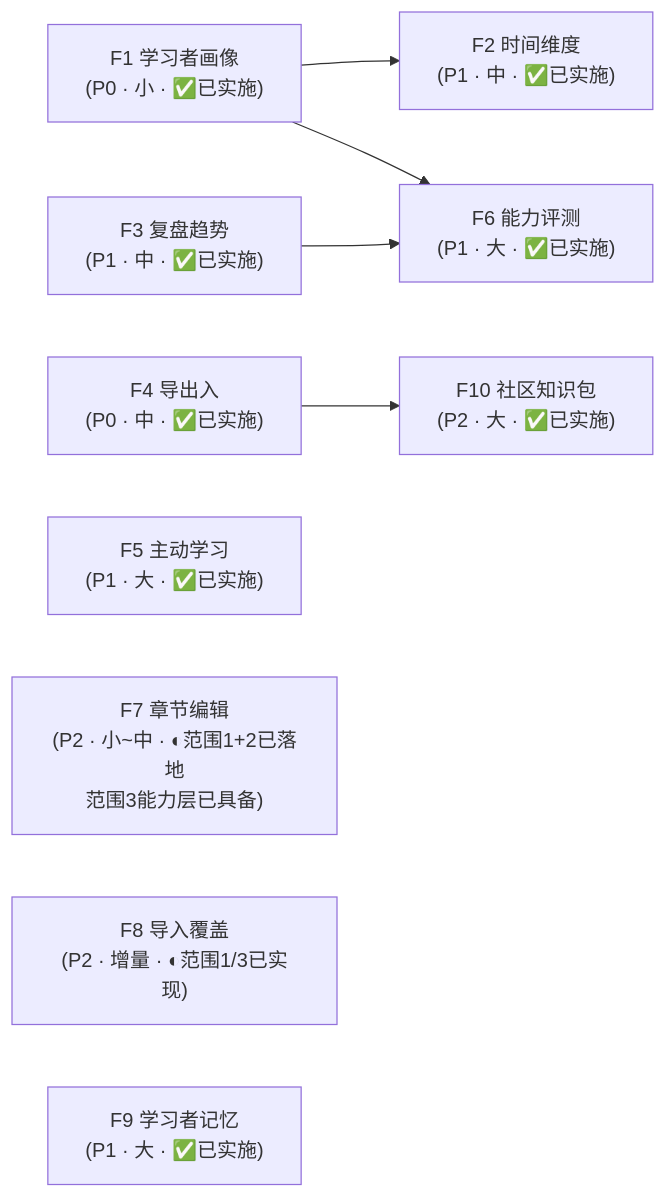
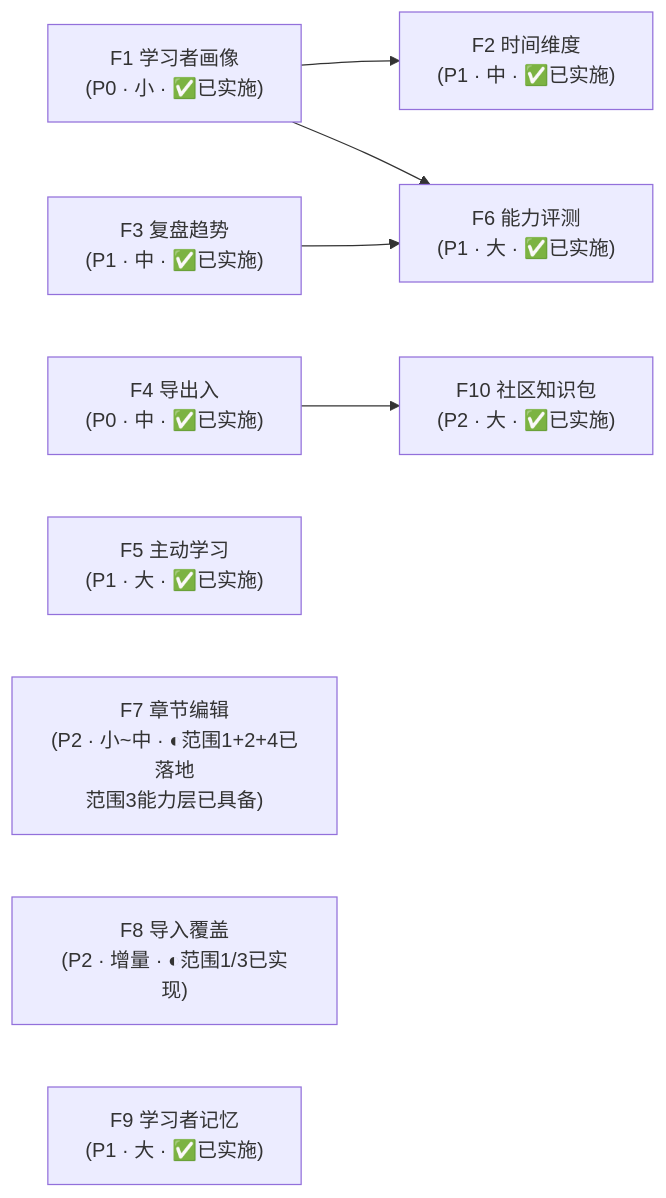
The diagram in docs/roadmap-next-features-plan-2026-09.md (JackXuyi/Personal-Learning-OS), drawn with Mermaid before and after one commit. The commit also changed other lines of this file and 9 other files, not shown here.

````diff
--- a/docs/roadmap-next-features-plan-2026-09.md
+++ b/docs/roadmap-next-features-plan-2026-09.md
@@ -512,24 +513,24 @@
 ```mermaid
 flowchart LR
     F1["F1 学习者画像<br/>(P0 · 小 · ✅已实施)"]
     F4["F4 导出入<br/>(P0 · 中 · ✅已实施)"]
     F3["F3 复盘趋势<br/>(P1 · 中 · ✅已实施)"]
     F2["F2 时间维度<br/>(P1 · 中 · ✅已实施)"]
     F5["F5 主动学习<br/>(P1 · 大 · ✅已实施)"]
     F6["F6 能力评测<br/>(P1 · 大 · ✅已实施)"]
-    F7["F7 章节编辑<br/>(P2 · 小~中 · ◐范围1+2已落地<br/>范围3能力层已具备)"]
+    F7["F7 章节编辑<br/>(P2 · 小~中 · ◐范围1+2+4已落地<br/>范围3能力层已具备)"]
     F8["F8 导入覆盖<br/>(P2 · 增量 · ◐范围1/3已实现)"]
     F9["F9 学习者记忆<br/>(P1 · 大 · ✅已实施)"]
     F10["F10 社区知识包<br/>(P2 · 大 · ✅已实施)"]
 
     F1 --> F2
     F1 --> F6
     F3 --> F6
     F4 --> F10
     F4
     F5
     F7
     F8
     F9
     F10
 ```
````
